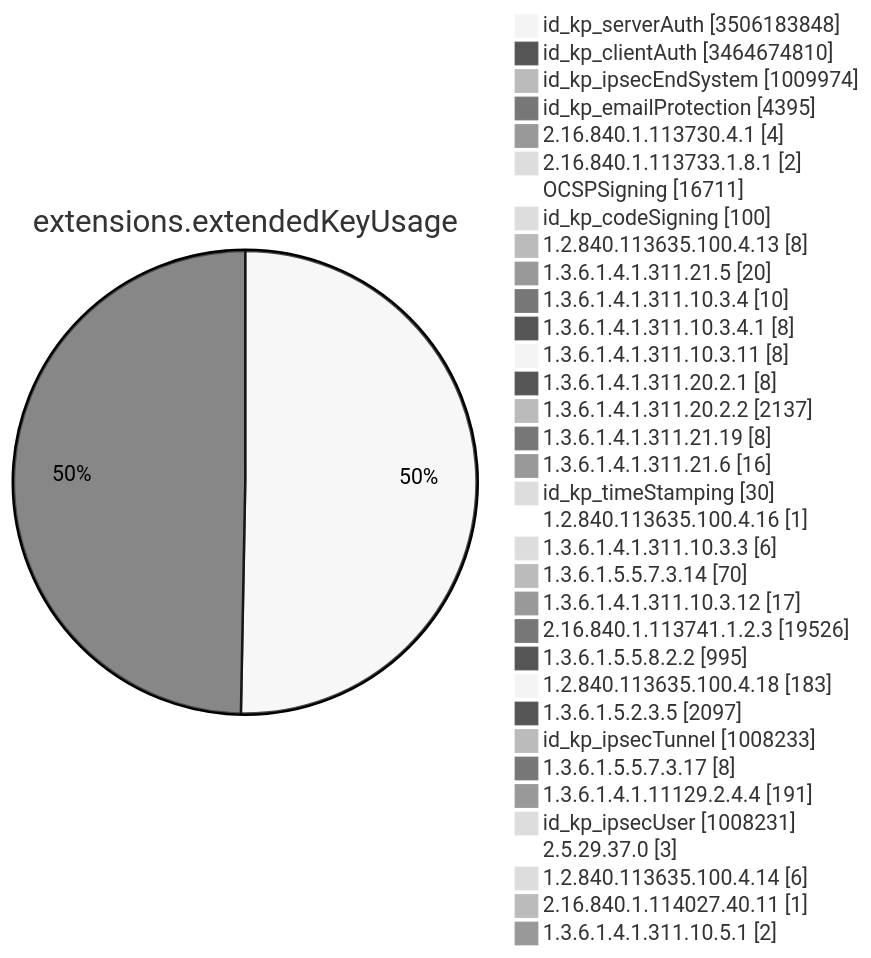
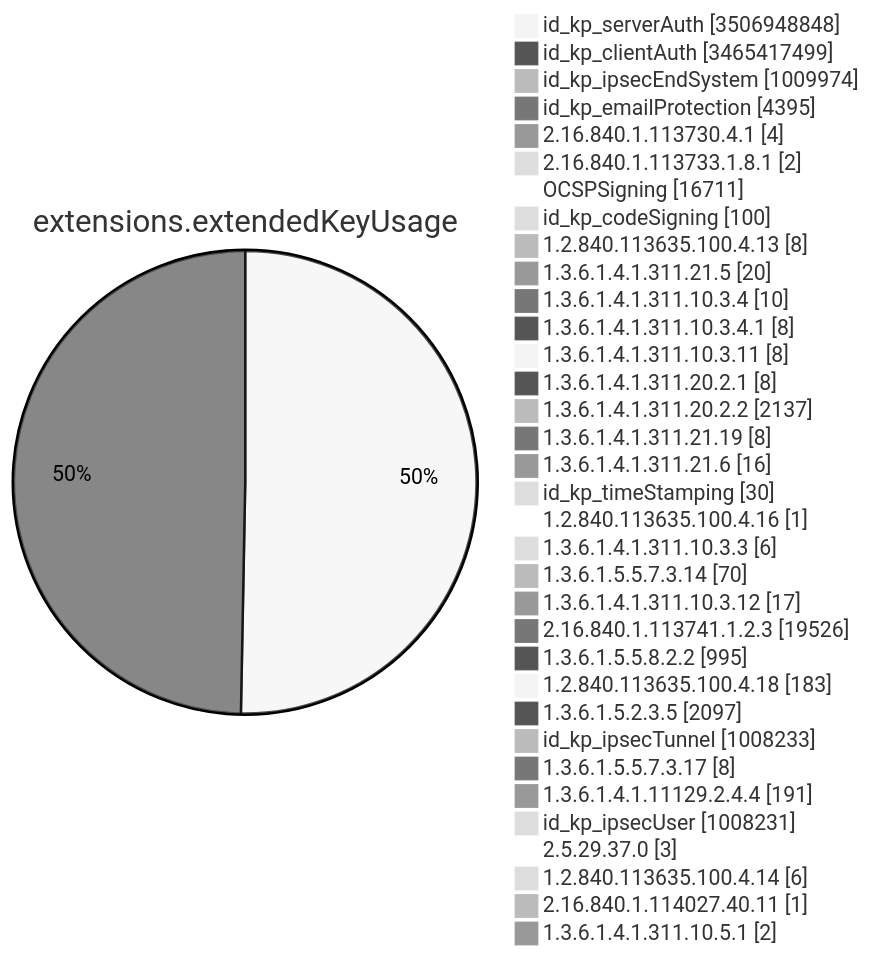
One commit to christiankrug/ctmonitor_visualization changed diagram 11 of 15 in TOTAL/README.md. Above: the diagram before and after it, drawn with Mermaid (neutral theme). The commit also changed other lines of this file, not shown here.

````diff
--- a/TOTAL/README.md
+++ b/TOTAL/README.md
@@ -4126,38 +4126,38 @@
 ```mermaid
 pie showData
 title extensions.extendedKeyUsage
-"id_kp_serverAuth" :3506183848
-"id_kp_clientAuth" :3464674810
+"id_kp_serverAuth" :3506948848
+"id_kp_clientAuth" :3465417499
 "id_kp_ipsecEndSystem" :1009974
 "id_kp_emailProtection" :4395
 "2.16.840.1.113730.4.1" :4
 "2.16.840.1.113733.1.8.1" :2
 "OCSPSigning" :16711
 "id_kp_codeSigning" :100
 "1.2.840.113635.100.4.13" :8
 "1.3.6.1.4.1.311.21.5" :20
 "1.3.6.1.4.1.311.10.3.4" :10
 "1.3.6.1.4.1.311.10.3.4.1" :8
 "1.3.6.1.4.1.311.10.3.11" :8
 "1.3.6.1.4.1.311.20.2.1" :8
 "1.3.6.1.4.1.311.20.2.2" :2137
 "1.3.6.1.4.1.311.21.19" :8
 "1.3.6.1.4.1.311.21.6" :16
 "id_kp_timeStamping" :30
 "1.2.840.113635.100.4.16" :1
 "1.3.6.1.4.1.311.10.3.3" :6
 "1.3.6.1.5.5.7.3.14" :70
 "1.3.6.1.4.1.311.10.3.12" :17
 "2.16.840.1.113741.1.2.3" :19526
 "1.3.6.1.5.5.8.2.2" :995
 "1.2.840.113635.100.4.18" :183
 "1.3.6.1.5.2.3.5" :2097
 "id_kp_ipsecTunnel" :1008233
 "1.3.6.1.5.5.7.3.17" :8
 "1.3.6.1.4.1.11129.2.4.4" :191
 "id_kp_ipsecUser" :1008231
 "2.5.29.37.0" :3
 "1.2.840.113635.100.4.14" :6
 "2.16.840.1.114027.40.11" :1
 "1.3.6.1.4.1.311.10.5.1" :2
 ```
````
